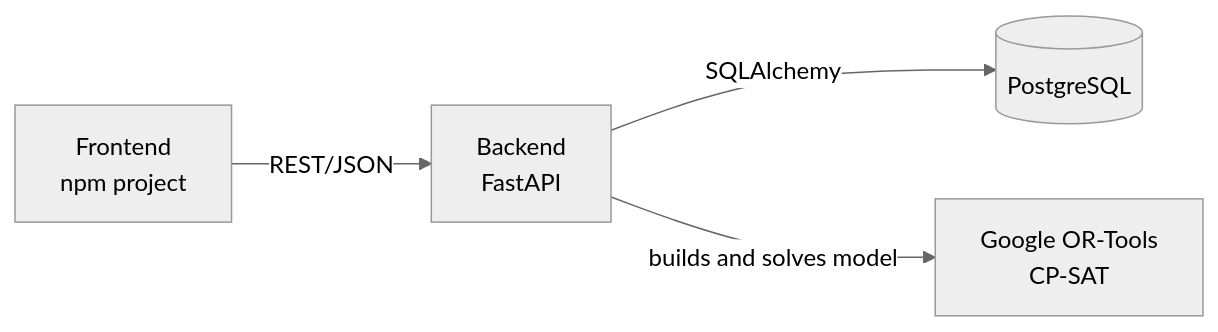
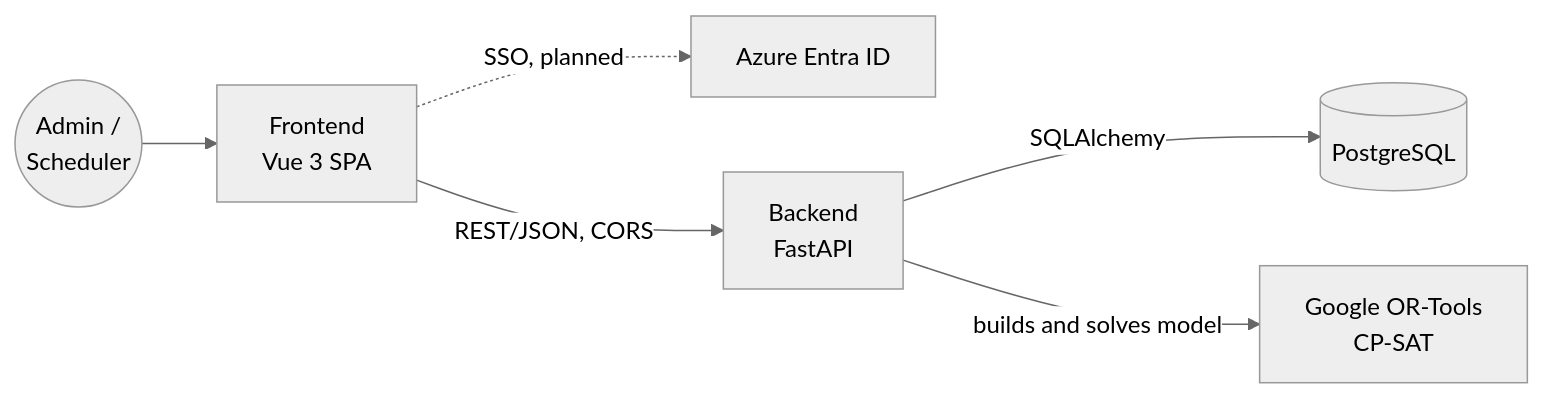
The diagram in docs/architecture.md (neobot3/hackathon), drawn with Mermaid (neutral theme) before and after one commit. The commit also changed other lines of this file and 62 other files, not shown here.

````diff
--- a/docs/architecture.md
+++ b/docs/architecture.md
@@ -5,6 +5,8 @@
 ```mermaid
 flowchart LR
-    UI[Frontend<br/>npm project] -->|REST/JSON| API[Backend<br/>FastAPI]
+    USER((Admin /<br/>Scheduler)) --> UI[Frontend<br/>Vue 3 SPA]
+    UI -.->|SSO, planned| ENTRA[Azure Entra ID]
+    UI -->|REST/JSON, CORS| API[Backend<br/>FastAPI]
     API -->|SQLAlchemy| DB[(PostgreSQL)]
     API -->|builds and solves model| SOLVER[Google OR-Tools<br/>CP-SAT]
 ```
````
